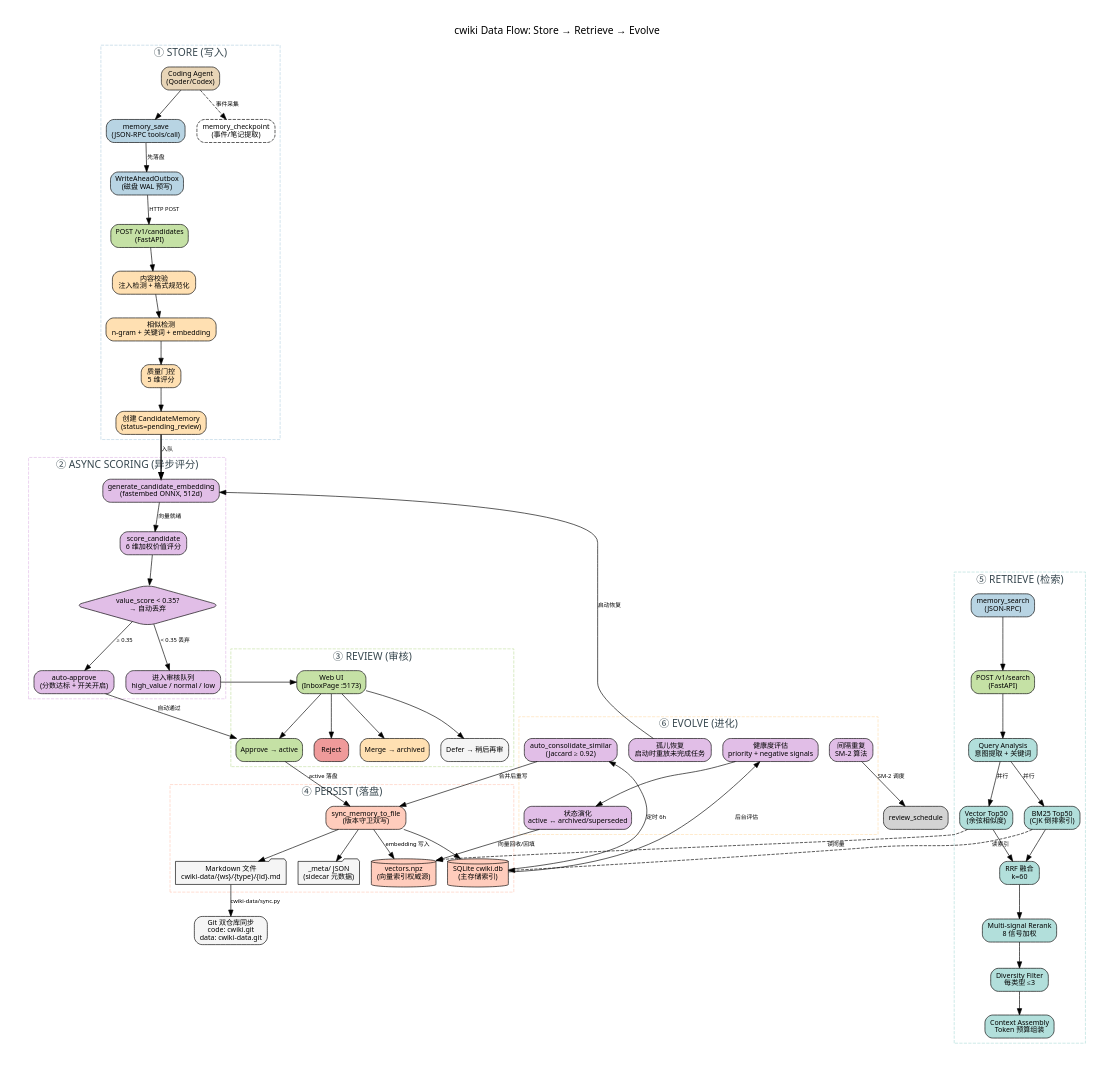
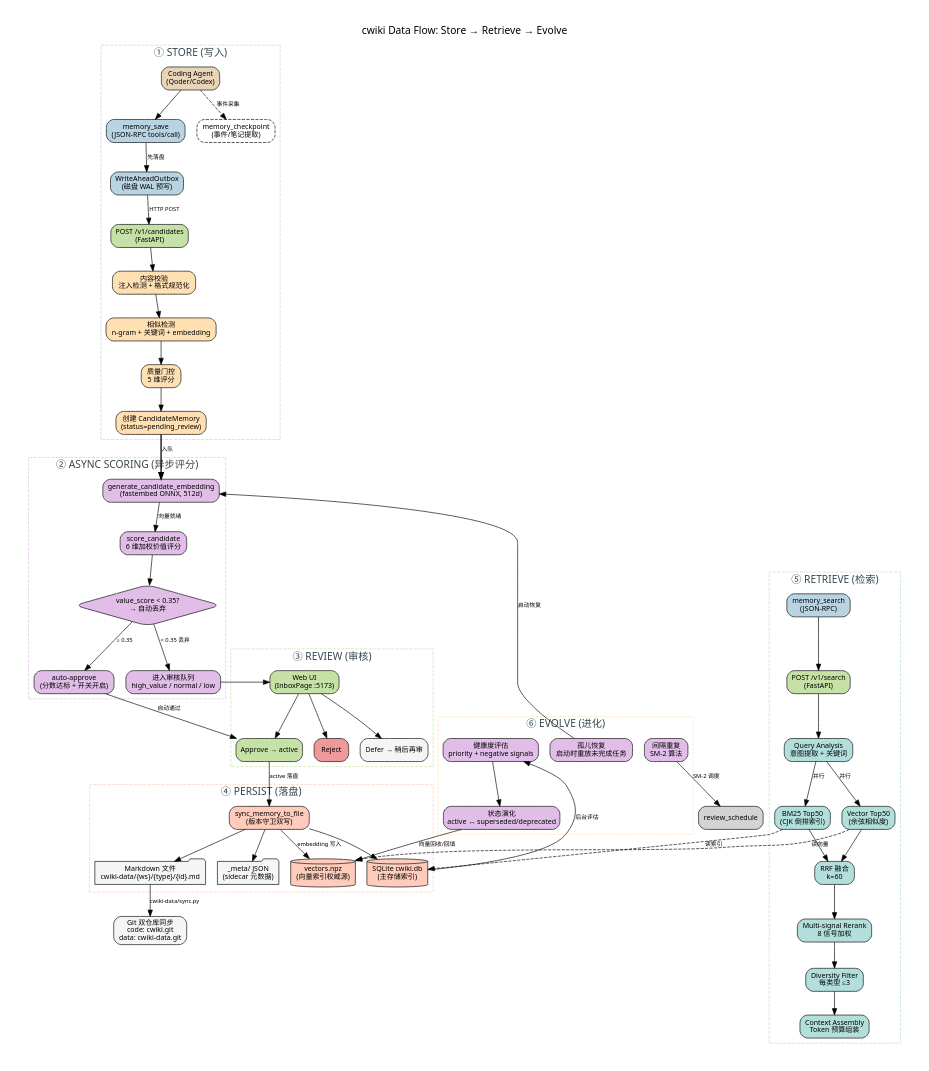
Before and after one commit to Chance-Wu/cwiki: the diagram in docs/architecture/data-flow.dot, drawn with Graphviz. The commit also changed 274 other files, not shown here.

```diff
--- a/docs/architecture/data-flow.dot
+++ b/docs/architecture/data-flow.dot
@@ -1,176 +1,171 @@
 // cwiki Data Flow: Store → Retrieve → Evolve
 // Audience: developers understanding the memory lifecycle
 // Scope: end-to-end data flow from agent write to knowledge evolution
 // Evidence: adapters/mcp/mcp_server.py, packages/memory/service.py,
 //           packages/retrieval/engine.py, apps/worker/tasks/
 // Skill: flow-visualizer + graphviz
 
 digraph cwiki_data_flow {
     rankdir=TB
     node [shape=box, style="rounded,filled", fontname="Segoe UI", fontsize=11]
     edge [fontname="Segoe UI", fontsize=9, color="#555"]
     graph [fontname="Segoe UI", fontsize=13, label="cwiki Data Flow: Store → Retrieve → Evolve", labelloc=t, fontsize=16, pad=0.4]
 
     // --- Color Palette ---
     // Actor: #E8D5B7 (warm beige)
     // MCP: #B8D4E3 (light blue)
     // API: #C5E1A5 (light green)
     // Memory Service: #FFE0B2 (light orange)
     // Worker: #E1BEE7 (light purple)
     // Storage: #FFCCBC (light salmon)
     // Retrieval: #B2DFDB (light teal)
     // File: #F5F5F5 (light gray)
 
     // ===== PHASE 1: STORE =====
     subgraph cluster_store {
         label="① STORE (写入)"
         style=dashed
         color="#B8D4E3"
         fontcolor="#37474F"
 
         agent [label="Coding Agent\n(Qoder/Codex)", fillcolor="#E8D5B7"]
         mcp_save [label="memory_save\n(JSON-RPC tools/call)", fillcolor="#B8D4E3"]
         outbox [label="WriteAheadOutbox\n(磁盘 WAL 预写)", fillcolor="#B8D4E3"]
         api_candidate [label="POST /v1/candidates\n(FastAPI)", fillcolor="#C5E1A5"]
         validate [label="内容校验\n注入检测 + 格式规范化", fillcolor="#FFE0B2"]
         dedup_inline [label="相似检测\nn-gram + 关键词 + embedding", fillcolor="#FFE0B2"]
         quality_gate [label="质量门控\n5 维评分", fillcolor="#FFE0B2"]
         create_candidate [label="创建 CandidateMemory\n(status=pending_review)", fillcolor="#FFE0B2"]
         checkpoint [label="memory_checkpoint\n(事件/笔记提取)", fillcolor="#B8D4E3", style="rounded,dashed"]
     }
 
     // ===== PHASE 2: ASYNC SCORING =====
     subgraph cluster_score {
         label="② ASYNC SCORING (异步评分)"
         style=dashed
         color="#E1BEE7"
         fontcolor="#37474F"
 
         task_embed [label="generate_candidate_embedding\n(fastembed ONNX, 512d)", fillcolor="#E1BEE7"]
         task_score [label="score_candidate\n6 维加权价值评分", fillcolor="#E1BEE7"]
         value_filter [label="value_score < 0.35?\n→ 自动丢弃", fillcolor="#E1BEE7", shape=diamond]
         auto_approve [label="auto-approve\n(分数达标 + 开关开启)", fillcolor="#E1BEE7"]
         queue_review [label="进入审核队列\nhigh_value / normal / low", fillcolor="#E1BEE7"]
     }
 
     // ===== PHASE 3: REVIEW =====
     subgraph cluster_review {
         label="③ REVIEW (审核)"
         style=dashed
         color="#C5E1A5"
         fontcolor="#37474F"
 
         web_ui [label="Web UI\n(InboxPage :5173)", fillcolor="#C5E1A5"]
         approve [label="Approve → active", fillcolor="#C5E1A5"]
         reject [label="Reject", fillcolor="#EF9A9A"]
-        merge [label="Merge → archived", fillcolor="#FFE0B2"]
         defer [label="Defer → 稍后再审", fillcolor="#F5F5F5"]
     }
 
     // ===== PHASE 4: PERSIST =====
     subgraph cluster_persist {
         label="④ PERSIST (落盘)"
         style=dashed
         color="#FFCCBC"
         fontcolor="#37474F"
 
         dual_write [label="sync_memory_to_file\n(版本守卫双写)", fillcolor="#FFCCBC"]
         md_file [label="Markdown 文件\ncwiki-data/{ws}/{type}/{id}.md", fillcolor="#F5F5F5", shape=folder]
         meta_json [label="_meta/ JSON\n(sidecar 元数据)", fillcolor="#F5F5F5", shape=folder]
         sqlite_db [label="SQLite cwiki.db\n(主存储索引)", fillcolor="#FFCCBC", shape=cylinder]
         vectors_npz [label="vectors.npz\n(向量索引权威源)", fillcolor="#FFCCBC", shape=cylinder]
     }
 
     // ===== PHASE 5: RETRIEVE =====
     subgraph cluster_retrieve {
         label="⑤ RETRIEVE (检索)"
         style=dashed
         color="#B2DFDB"
         fontcolor="#37474F"
 
         mcp_search [label="memory_search\n(JSON-RPC)", fillcolor="#B8D4E3"]
         api_search [label="POST /v1/search\n(FastAPI)", fillcolor="#C5E1A5"]
         query_analysis [label="Query Analysis\n意图提取 + 关键词", fillcolor="#B2DFDB"]
         bm25_recall [label="BM25 Top50\n(CJK 倒排索引)", fillcolor="#B2DFDB"]
         vector_recall [label="Vector Top50\n(余弦相似度)", fillcolor="#B2DFDB"]
         rrf_fusion [label="RRF 融合\nk=60", fillcolor="#B2DFDB"]
         reranker [label="Multi-signal Rerank\n8 信号加权", fillcolor="#B2DFDB"]
         diversity [label="Diversity Filter\n每类型 ≤3", fillcolor="#B2DFDB"]
         context_assembly [label="Context Assembly\nToken 预算组装", fillcolor="#B2DFDB"]
     }
 
     // ===== PHASE 6: EVOLVE =====
     subgraph cluster_evolve {
         label="⑥ EVOLVE (进化)"
         style=dashed
         color="#FFE0B2"
         fontcolor="#37474F"
 
-        consolidate [label="auto_consolidate_similar\n(Jaccard ≥ 0.92)", fillcolor="#E1BEE7"]
         health_check [label="健康度评估\npriority + negative signals", fillcolor="#E1BEE7"]
-        state_evolve [label="状态演化\nactive ↔ archived/superseded", fillcolor="#E1BEE7"]
+        state_evolve [label="状态演化\nactive ↔ superseded/deprecated", fillcolor="#E1BEE7"]
         orphan_recover [label="孤儿恢复\n启动时重放未完成任务", fillcolor="#E1BEE7"]
         spaced_review [label="间隔重复\nSM-2 算法", fillcolor="#E1BEE7"]
     }
 
     // ===== EDGES =====
     // Phase 1: Store
     agent -> mcp_save
     agent -> checkpoint [style=dashed, label="事件采集"]
     mcp_save -> outbox [label="先落盘"]
     outbox -> api_candidate [label="HTTP POST"]
     api_candidate -> validate
     validate -> dedup_inline
     dedup_inline -> quality_gate
     quality_gate -> create_candidate
 
     // Phase 2: Scoring
     create_candidate -> task_embed [label="入队", style=bold]
     task_embed -> task_score [label="向量就绪"]
     task_score -> value_filter
     value_filter -> auto_approve [label="≥ 0.35"]
     value_filter -> queue_review [label="< 0.35 丢弃"]
     auto_approve -> approve [label="自动通过"]
 
     // Phase 3: Review
     queue_review -> web_ui
     web_ui -> approve
     web_ui -> reject
-    web_ui -> merge
     web_ui -> defer
 
     // Phase 4: Persist
     approve -> dual_write [label="active 落盘"]
     dual_write -> md_file
     dual_write -> meta_json
     dual_write -> sqlite_db
     dual_write -> vectors_npz [label="embedding 写入"]
 
     // Phase 5: Retrieve
     mcp_search -> api_search
     api_search -> query_analysis
     query_analysis -> bm25_recall [label="并行"]
     query_analysis -> vector_recall [label="并行"]
     bm25_recall -> rrf_fusion
     vector_recall -> rrf_fusion
     rrf_fusion -> reranker
     reranker -> diversity
     diversity -> context_assembly
 
     // Phase 6: Evolve
-    sqlite_db -> consolidate [label="定时 6h"]
-    consolidate -> dual_write [label="合并后重写"]
     sqlite_db -> health_check [label="后台评估"]
     health_check -> state_evolve
     state_evolve -> vectors_npz [label="向量回收/回填"]
     orphan_recover -> task_embed [label="启动恢复"]
     spaced_review -> review_schedule [label="SM-2 调度"]
 
     // Cross-cutting: retrieval reads from storage
     bm25_recall -> sqlite_db [label="读索引", style=dashed]
     vector_recall -> vectors_npz [label="读向量", style=dashed]
 
     // Git sync
     md_file -> git_sync [label="cwiki-data/sync.py"]
     git_sync [label="Git 双仓库同步\ncode: cwiki.git\ndata: cwiki-data.git", fillcolor="#F5F5F5", shape=cloud]
 }
```
